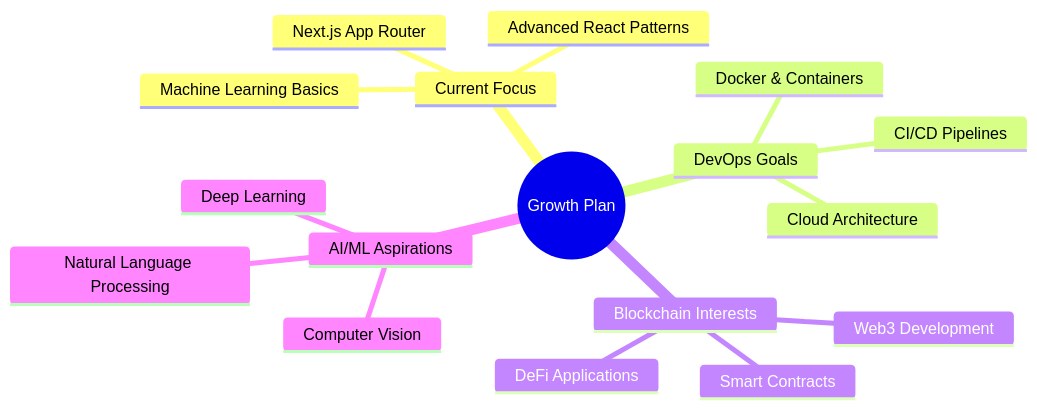
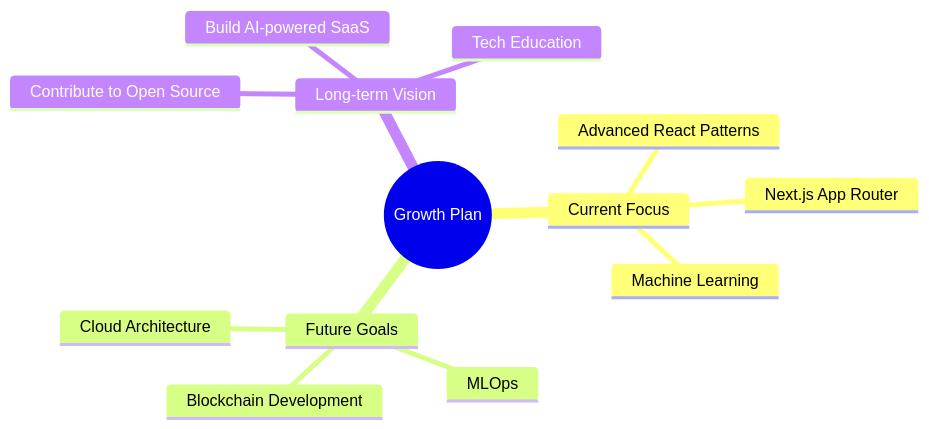
The diagram in README.md (sushanshetty1/sushanshetty1), drawn with Mermaid before and after one commit. The commit also changed other lines of this file, not shown here.

````diff
--- a/README.md
+++ b/README.md
@@ -168,20 +227,16 @@
-  ```mermaid
-  mindmap
-    root((Growth Plan))
-      Current Focus
-        Advanced React Patterns
-        Next.js App Router
-        Machine Learning Basics
-      DevOps Goals
-        Docker & Containers
-        CI/CD Pipelines
-        Cloud Architecture
-      Blockchain Interests
-        Smart Contracts
-        DeFi Applications
-        Web3 Development
-      AI/ML Aspirations
-        Deep Learning
-        Computer Vision
-        Natural Language Processing
-  ```
+```mermaid
+mindmap
+  root((Growth Plan))
+    Current Focus
+      Advanced React Patterns
+      Next.js App Router
+      Machine Learning
+    Future Goals
+      Cloud Architecture
+      MLOps
+      Blockchain Development
+    Long-term Vision
+      Contribute to Open Source
+      Build AI-powered SaaS
+      Tech Education
+```
````
